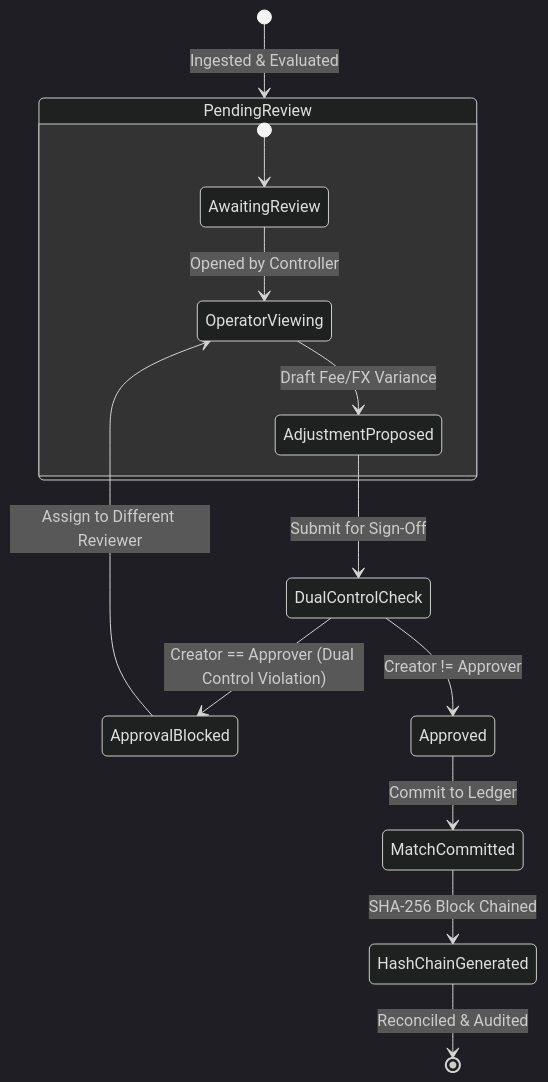
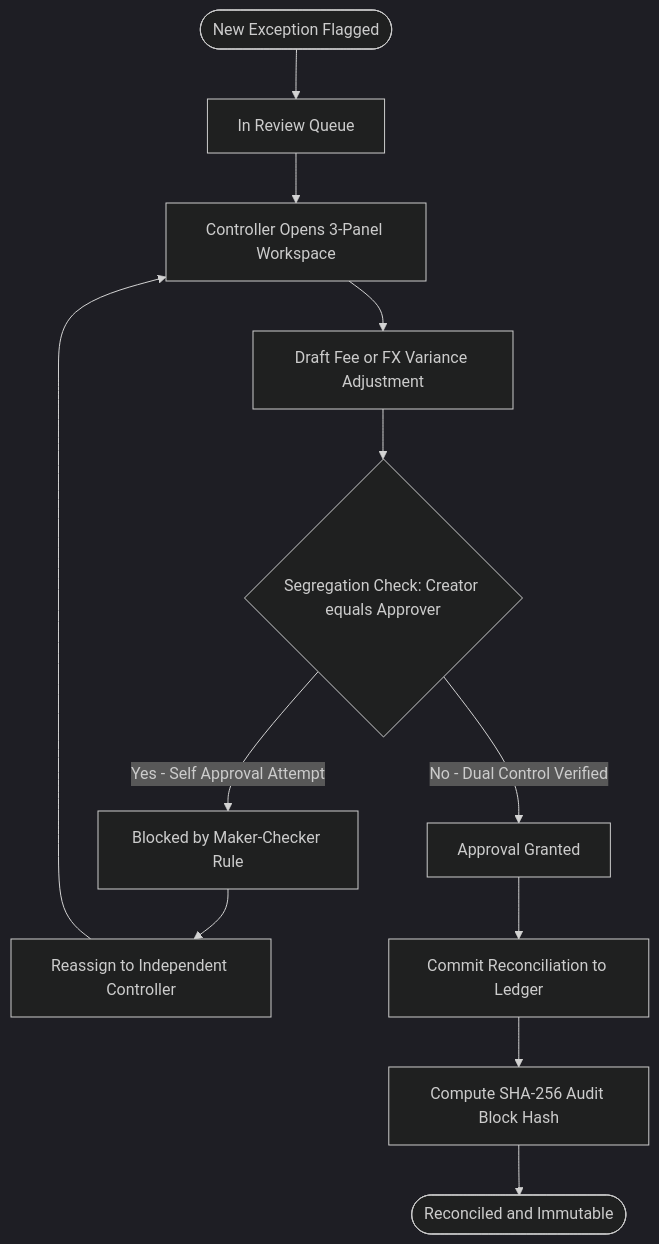
Before and after one commit to Surendra571/FinBridge: the fifth of 6 diagrams in README.md, drawn with Mermaid (dark theme). The commit also changed other lines of this file, not shown here.

Commit message:
docs: resolve GitHub Mermaid SVG rendering errors across all architecture diagrams

````diff
--- a/README.md
+++ b/README.md
@@ -438,22 +439,16 @@
 ```mermaid
-stateDiagram-v2
-    [*] --> PendingReview: Ingested & Evaluated
+flowchart TD
+    Start([New Exception Flagged]) --> InReview[In Review Queue]
+    InReview --> Opened[Controller Opens 3-Panel Workspace]
+    Opened --> DraftAdjustment[Draft Fee or FX Variance Adjustment]
+    DraftAdjustment --> DualCheck{Segregation Check: Creator equals Approver}
     
-    state PendingReview {
-        [*] --> AwaitingReview
-        AwaitingReview --> OperatorViewing: Opened by Controller
-        OperatorViewing --> AdjustmentProposed: Draft Fee/FX Variance
-    }
-
-    AdjustmentProposed --> DualControlCheck: Submit for Sign-Off
+    DualCheck -->|Yes - Self Approval Attempt| Blocked[Blocked by Maker-Checker Rule]
+    Blocked --> Reassign[Reassign to Independent Controller]
+    Reassign --> Opened
     
-    state DualControlCheck <<choice>>
-    DualControlCheck --> ApprovalBlocked: Creator == Approver (Dual Control Violation)
-    DualControlCheck --> Approved: Creator != Approver
-
-    ApprovalBlocked --> OperatorViewing: Assign to Different Reviewer
-    
-    Approved --> MatchCommitted: Commit to Ledger
-    MatchCommitted --> HashChainGenerated: SHA-256 Block Chained
-    HashChainGenerated --> [*]: Reconciled & Audited
+    DualCheck -->|No - Dual Control Verified| Approved[Approval Granted]
+    Approved --> Commit[Commit Reconciliation to Ledger]
+    Commit --> HashBlock[Compute SHA-256 Audit Block Hash]
+    HashBlock --> Done([Reconciled and Immutable])
 ```
````
